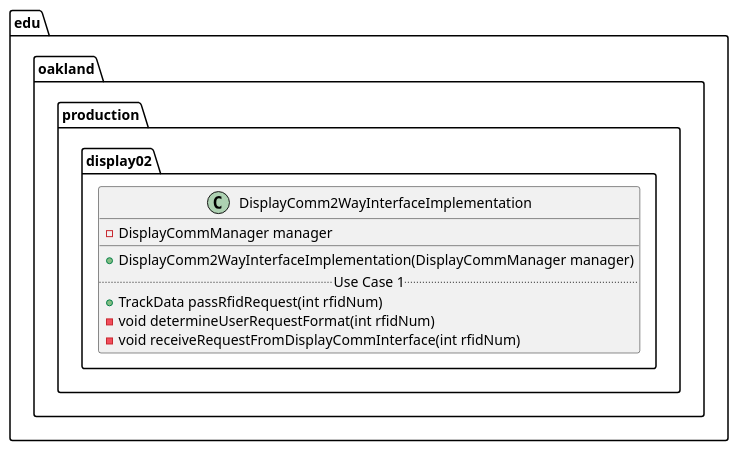
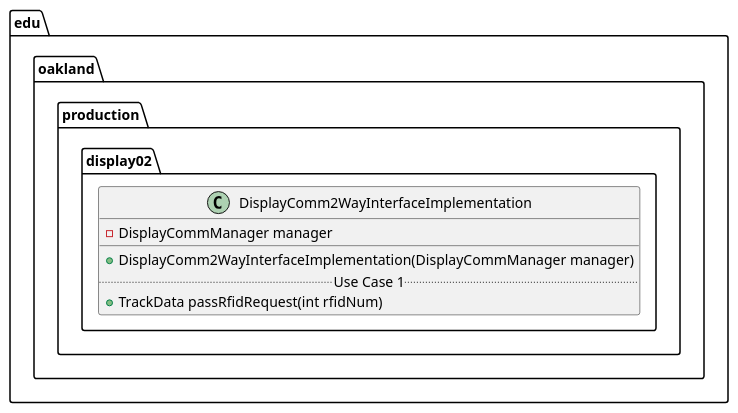
Before and after one commit to andrewdimmer/csi-3370-software-project: the diagram in docs/uml-class-diagrams/display02/production/DisplayComm2WayInterfaceImplementation/DisplayComm2WayInterfaceImplementation.puml, drawn with PlantUML. The commit also changed 30 other files, not shown here.

First line of the commit message:
[Display_02] Update DisplayComm2WayInterfaceImplementation.puml (#162)

```diff
--- a/docs/uml-class-diagrams/display02/production/DisplayComm2WayInterfaceImplementation/DisplayComm2WayInterfaceImplementation.puml
+++ b/docs/uml-class-diagrams/display02/production/DisplayComm2WayInterfaceImplementation/DisplayComm2WayInterfaceImplementation.puml
@@ -1,15 +1,13 @@
 @startuml DisplayComm2WayInterfaceImplementation
 
 package edu.oakland.production.display02 {
     class DisplayComm2WayInterfaceImplementation {
         - DisplayCommManager manager
         __
         + DisplayComm2WayInterfaceImplementation(DisplayCommManager manager)
         .. Use Case 1 ..
         + TrackData passRfidRequest(int rfidNum)
-        - void determineUserRequestFormat(int rfidNum)
-        - void receiveRequestFromDisplayCommInterface(int rfidNum)
     }
 }
 
 @enduml
```
